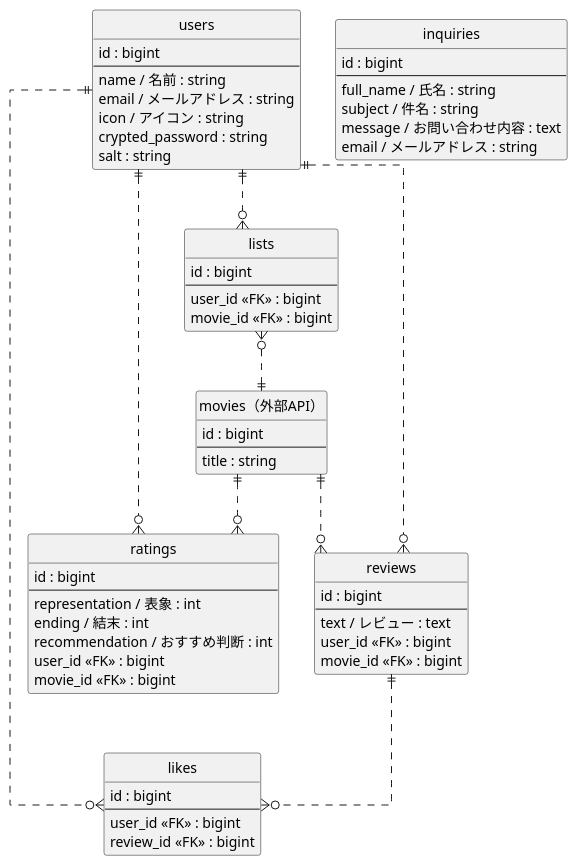
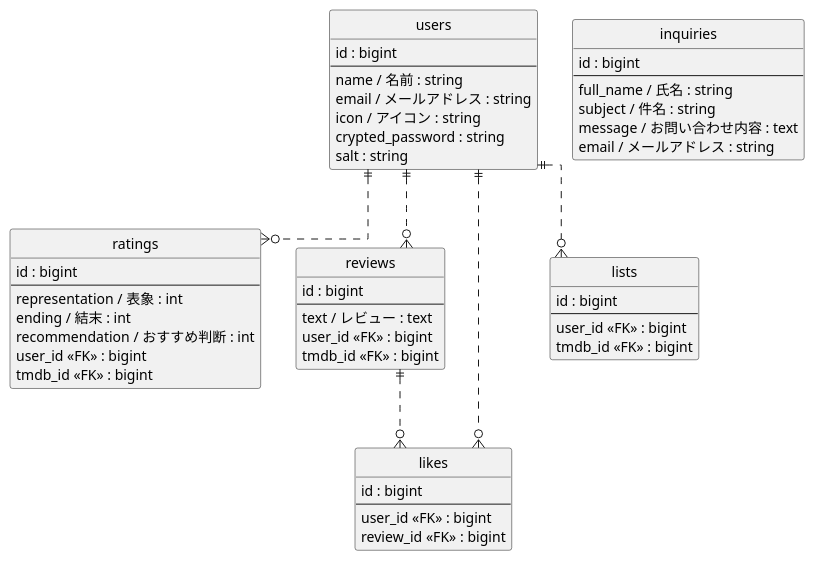
Before and after one commit to shun-44/film_rating: the diagram in ER.pu, drawn with PlantUML. The commit also changed 1 other file, not shown here.

Commit message:
docs: ER図修正、READMEリンク修正

```diff
--- a/ER.pu
+++ b/ER.pu
@@ -1,75 +1,66 @@
 @startuml
 
 ' hide the spot
 hide circle
 
 ' avoid problems with angled crows feet
 skinparam linetype ortho
 
 entity "users" as users {
   id : bigint
   --
   name / 名前 : string
   email / メールアドレス : string
   icon / アイコン : string
   crypted_password : string
   salt : string
 }
 
 entity "ratings" as ratings {
   id : bigint
   --
   representation / 表象 : int
   ending / 結末 : int
   recommendation / おすすめ判断 : int
   user_id <<FK>> : bigint
-  movie_id <<FK>> : bigint
+  tmdb_id <<FK>> : bigint
 }
 
 entity "reviews" as reviews {
   id : bigint
   --
   text / レビュー : text
   user_id <<FK>> : bigint
-  movie_id <<FK>> : bigint
+  tmdb_id <<FK>> : bigint
 }
 
 entity "likes" as likes {
   id : bigint
   --
   user_id <<FK>> : bigint
   review_id <<FK>> : bigint
 }
 
 entity "lists" as lists {
   id : bigint
   --
   user_id <<FK>> : bigint
-  movie_id <<FK>> : bigint
+  tmdb_id <<FK>> : bigint
 }
 
 entity "inquiries" as inquiries {
   id : bigint
   --
   full_name / 氏名 : string
   subject / 件名 : string
   message / お問い合わせ内容 : text
   email / メールアドレス : string
 }
 
-entity "movies（外部API）" as movies {
-  id : bigint
-  --
-  title : string
-}
-
 users ||..o{ ratings
 users ||..o{ reviews
 users ||..o{ likes
 users ||..o{ lists
-movies ||..o{ ratings
-movies ||..o{ reviews
-lists }o..|| movies
 reviews ||..o{ likes
 
 @enduml
```
